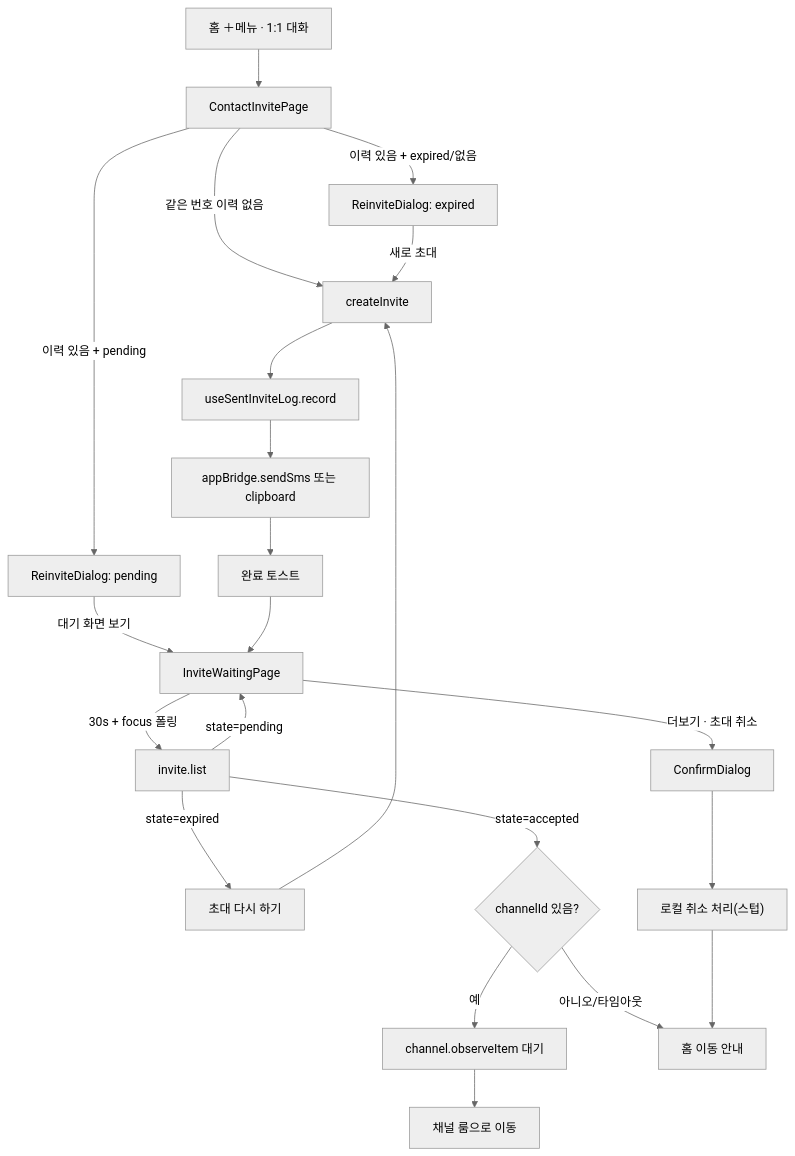
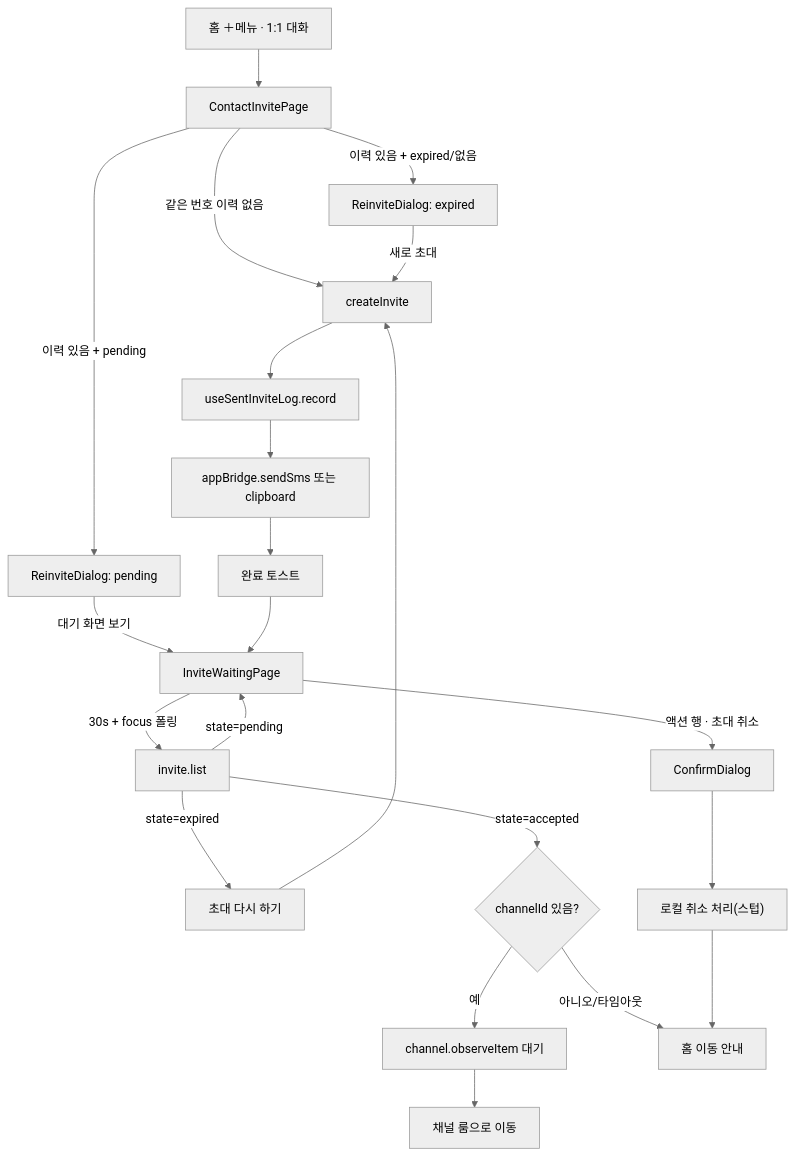
One commit to lemoncloud-io/dou-app changed the first of 2 diagrams in apps/web/docs/feature/invite/relay-invite-sender.md. Above: the diagram before and after it, drawn with Mermaid (neutral theme). The commit also changed other lines of this file and 18 other files, not shown here.

````diff
--- a/apps/web/docs/feature/invite/relay-invite-sender.md
+++ b/apps/web/docs/feature/invite/relay-invite-sender.md
@@ -115,20 +121,20 @@
 ```mermaid
 flowchart TD
     A["홈 ＋메뉴 · 1:1 대화"] --> B[ContactInvitePage]
     B -->|같은 번호 이력 없음| C[createInvite]
     B -->|이력 있음 + pending| D1[ReinviteDialog: pending]
     B -->|이력 있음 + expired/없음| D2[ReinviteDialog: expired]
     D1 -->|대기 화면 보기| W[InviteWaitingPage]
     D2 -->|새로 초대| C
     C --> R[useSentInviteLog.record]
     R --> S[appBridge.sendSms 또는 clipboard]
     S --> T[완료 토스트]
     T --> W
     W -->|30s + focus 폴링| L[invite.list]
     L -->|state=pending| W
     L -->|state=expired| E[초대 다시 하기] --> C
     L -->|state=accepted| CH{channelId 있음?}
     CH -->|예| SYNC[channel.observeItem 대기] --> ROOM[채널 룸으로 이동]
     CH -->|아니오/타임아웃| HOME[홈 이동 안내]
-    W -->|더보기 · 초대 취소| CANCEL[ConfirmDialog] --> STUB["로컬 취소 처리(스텁)"] --> HOME
+    W -->|액션 행 · 초대 취소| CANCEL[ConfirmDialog] --> STUB["로컬 취소 처리(스텁)"] --> HOME
 ```
````
